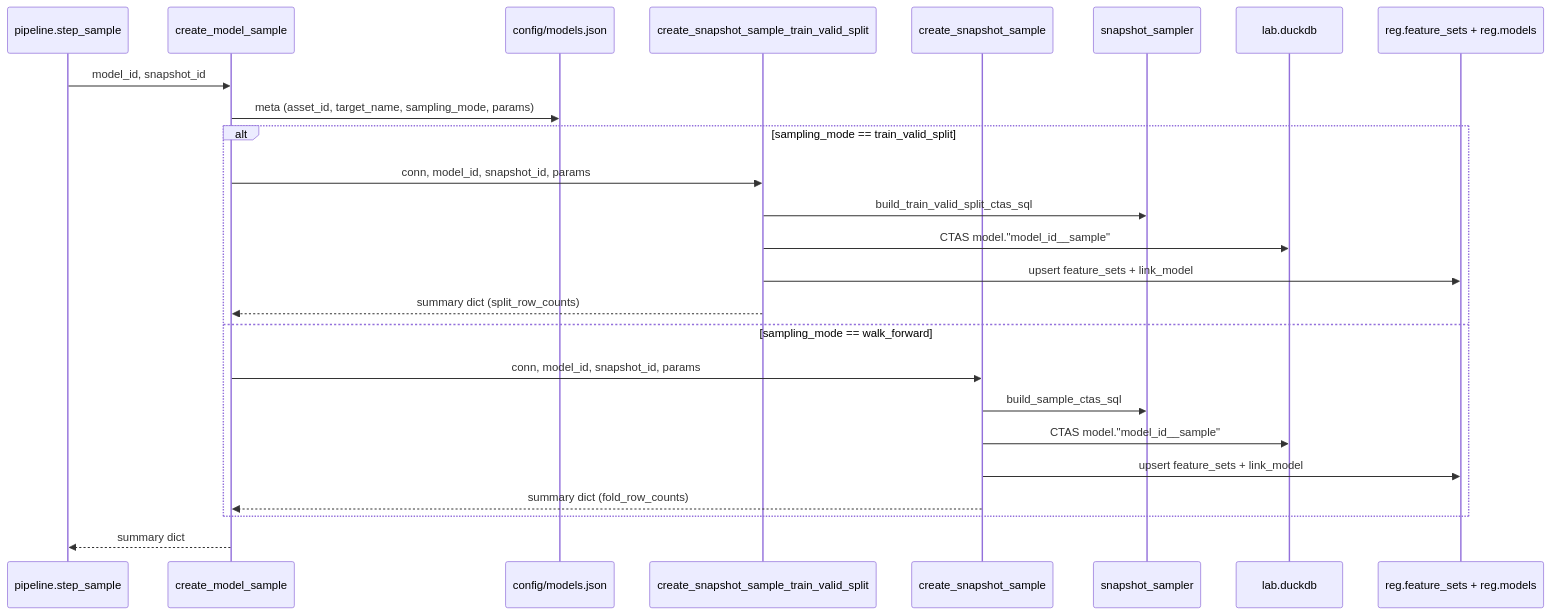
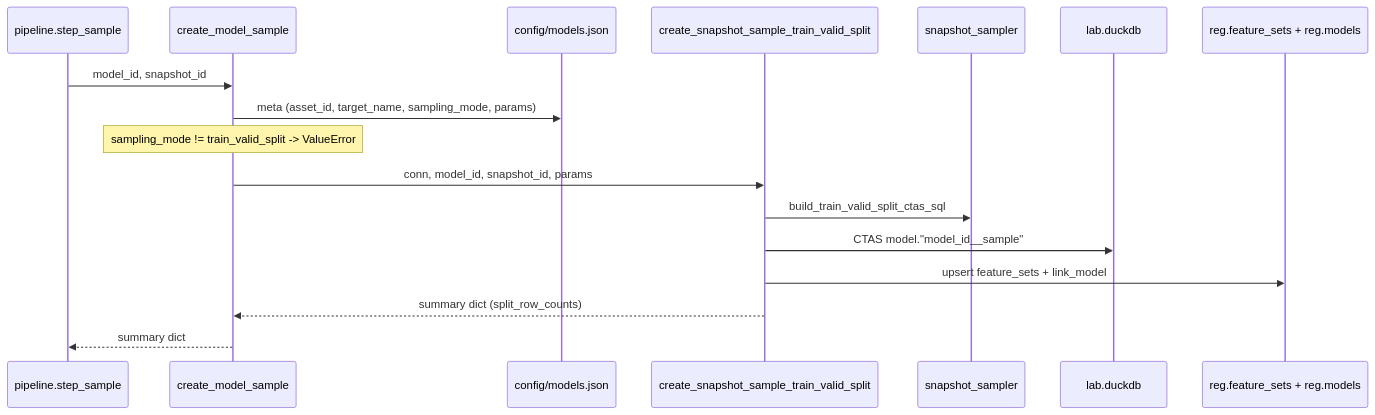
Before and after one commit to Nemesis14/chronoquant: the second of 4 diagrams in _doc_/database_and_code_doc/5300_create_sample.md, drawn with Mermaid. The commit also changed other lines of this file and 1008 other files, not shown here.

````diff
--- a/_doc_/database_and_code_doc/5300_create_sample.md
+++ b/_doc_/database_and_code_doc/5300_create_sample.md
@@ -65,28 +61,20 @@
 ```mermaid
 sequenceDiagram
   participant P as pipeline.step_sample
   participant CM as create_model_sample
   participant CFG as config/models.json
   participant TV as create_snapshot_sample_train_valid_split
-  participant WF as create_snapshot_sample
   participant SNAPS as snapshot_sampler
   participant DB as lab.duckdb
   participant REG as reg.feature_sets + reg.models
 
   P ->> CM: model_id, snapshot_id
   CM ->> CFG: meta (asset_id, target_name, sampling_mode, params)
-  alt sampling_mode == train_valid_split
-    CM ->> TV: conn, model_id, snapshot_id, params
-    TV ->> SNAPS: build_train_valid_split_ctas_sql
-    TV ->> DB: CTAS model."model_id__sample"
-    TV ->> REG: upsert feature_sets + link_model
-    TV -->> CM: summary dict (split_row_counts)
-  else sampling_mode == walk_forward
-    CM ->> WF: conn, model_id, snapshot_id, params
-    WF ->> SNAPS: build_sample_ctas_sql
-    WF ->> DB: CTAS model."model_id__sample"
-    WF ->> REG: upsert feature_sets + link_model
-    WF -->> CM: summary dict (fold_row_counts)
-  end
+  Note over CM: sampling_mode != train_valid_split -> ValueError
+  CM ->> TV: conn, model_id, snapshot_id, params
+  TV ->> SNAPS: build_train_valid_split_ctas_sql
+  TV ->> DB: CTAS model."model_id__sample"
+  TV ->> REG: upsert feature_sets + link_model
+  TV -->> CM: summary dict (split_row_counts)
   CM -->> P: summary dict
 ```
````
